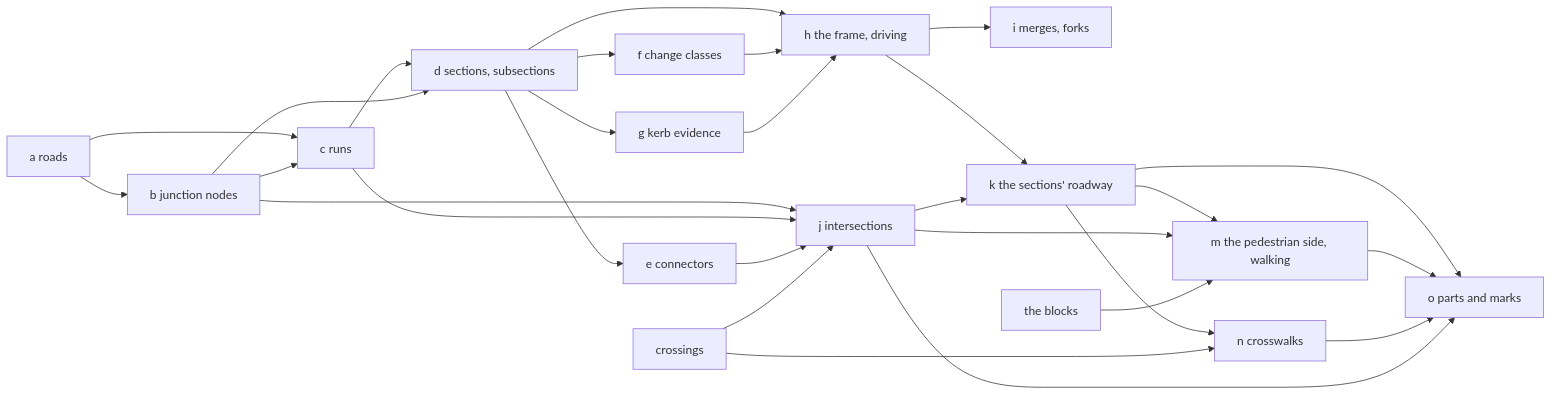
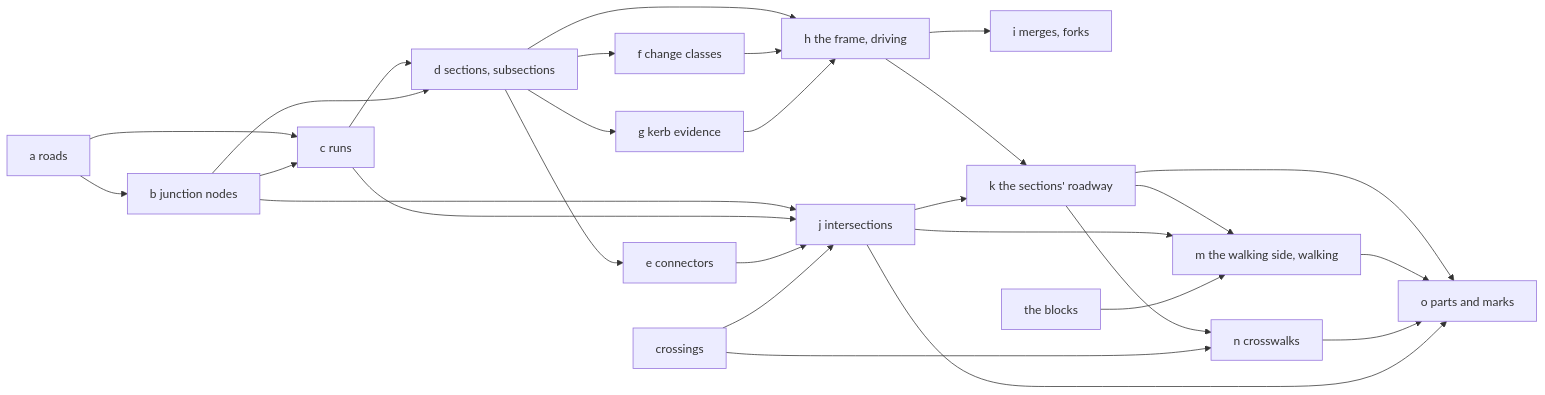
One commit to Khoshkhah/urbanstyle changed the third of 3 diagrams in docs/design/steps.md. Above: the diagram before and after it, drawn with Mermaid. The commit also changed other lines of this file and 1 other file, not shown here.

Commit message:
docs/design/steps.md: the hierarchy by rank, the side as rank 4 (agreed 2026-10-16, to be built); walking side and driving side as the words

````diff
--- a/docs/design/steps.md
+++ b/docs/design/steps.md
@@ -217,30 +231,30 @@
 ```mermaid
 flowchart LR
     A[a roads] --> B[b junction nodes]
     A --> C[c runs]
     B --> C
     C --> D[d sections, subsections]
     B --> D
     D --> E[e connectors]
     D --> F[f change classes]
     D --> G[g kerb evidence]
     D --> H[h the frame, driving]
     F --> H
     G --> H
     H --> I[i merges, forks]
     B --> J[j intersections]
     C --> J
     E --> J
     XW[crossings] --> J
     H --> K[k the sections' roadway]
     J --> K
-    K --> M[m the pedestrian side, walking]
+    K --> M[m the walking side, walking]
     J --> M
     BL[the blocks] --> M
     K --> N[n crosswalks]
     XW --> N
     K --> O[o parts and marks]
     M --> O
     N --> O
     J --> O
 ```
````
